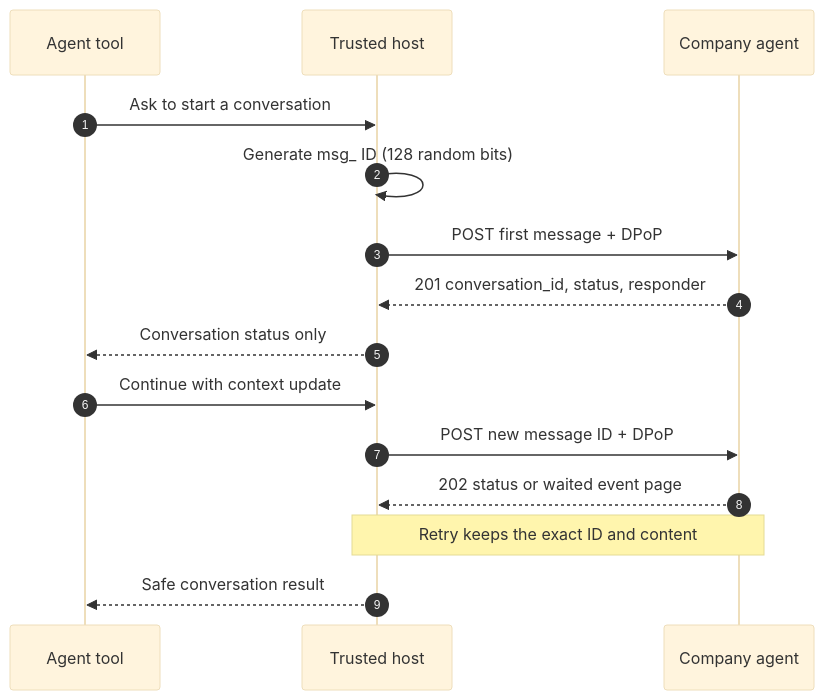
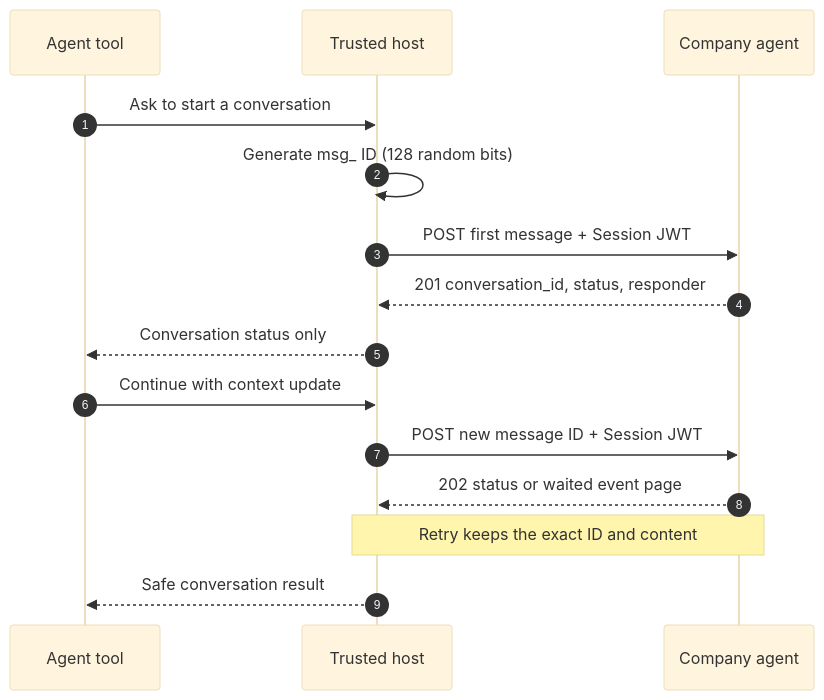
One commit to datalayer/personal-agent-protocol changed the diagram in docs/docs/examples/conversation-messages.mdx. Above: the diagram before and after it, drawn with Mermaid (base theme). The commit also changed other lines of this file and 36 other files, not shown here.

Commit message:
Docs: the example pages and decks at draft 0.3, Sessions as a local sid, refresh tokens, the browser join by /authorize and Operations v2, with the session-jwt, session-transport and delegation decks renamed from their old names

````diff
--- a/docs/docs/examples/conversation-messages.mdx
+++ b/docs/docs/examples/conversation-messages.mdx
@@ -18,17 +18,17 @@
 ```mermaid
 sequenceDiagram
   autonumber
   participant A as Agent tool
   participant H as Trusted host
   participant C as Company agent
   A->>H: Ask to start a conversation
   H->>H: Generate msg_ ID (128 random bits)
-  H->>C: POST first message + DPoP
+  H->>C: POST first message + Session JWT
   C-->>H: 201 conversation_id, status, responder
   H-->>A: Conversation status only
   A->>H: Continue with context update
-  H->>C: POST new message ID + DPoP
+  H->>C: POST new message ID + Session JWT
   C-->>H: 202 status or waited event page
   Note over H,C: Retry keeps the exact ID and content
   H-->>A: Safe conversation result
 ```
````
